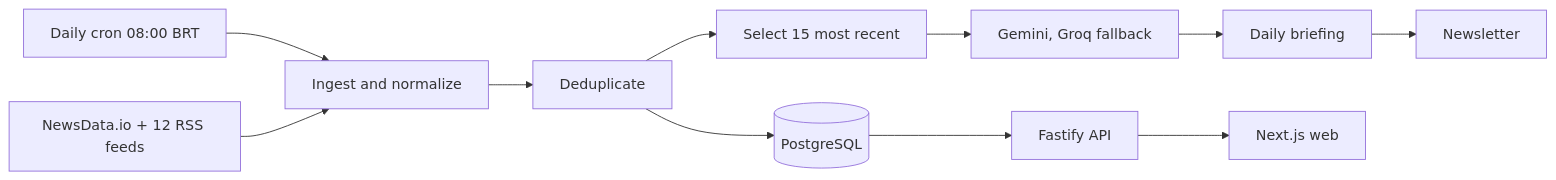
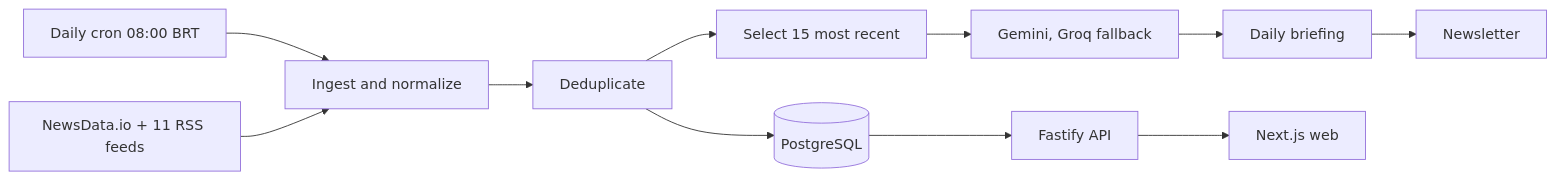
Before and after one commit to tavinholoco/newra-news: the diagram in README.md, drawn with Mermaid. The commit also changed other lines of this file and 19 other files, not shown here.

````diff
--- a/README.md
+++ b/README.md
@@ -76,13 +76,13 @@
 ```mermaid
 flowchart LR
     CRON["Daily cron 08:00 BRT"] --> ING[Ingest and normalize]
-    SRC["NewsData.io + 12 RSS feeds"] --> ING
+    SRC["NewsData.io + 11 RSS feeds"] --> ING
     ING --> DEDUP[Deduplicate]
     DEDUP --> DB[(PostgreSQL)]
     DEDUP --> SEL[Select 15 most recent]
     SEL --> AI["Gemini, Groq fallback"]
     AI --> ART[Daily briefing]
     ART --> MAIL[Newsletter]
     DB --> API[Fastify API]
     API --> WEB[Next.js web]
 ```
````
